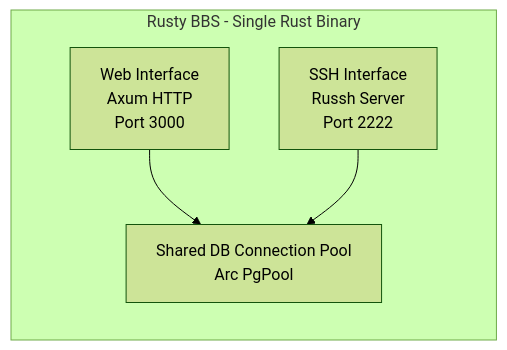
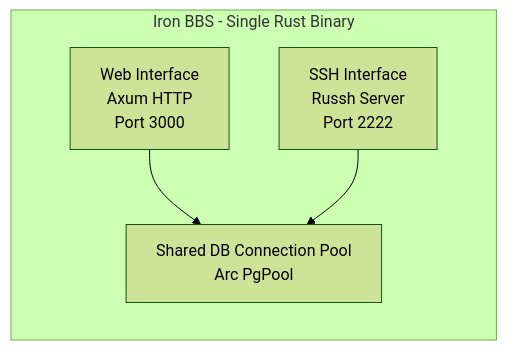
One commit to G36maid/iron-bbs changed the diagram in README.md. Above: the diagram before and after it, drawn with Mermaid (forest theme). The commit also changed other lines of this file and 12 other files, not shown here.

First line of the commit message:
refactor: rename project from rusty-bbs to iron-bbs

````diff
--- a/README.md
+++ b/README.md
@@ -9,12 +9,12 @@
 ```mermaid
 graph TD
-    subgraph Binary [Rusty BBS - Single Rust Binary]
+    subgraph Binary [Iron BBS - Single Rust Binary]
         direction TB
         Web[Web Interface<br>Axum HTTP<br>Port 3000]
         SSH[SSH Interface<br>Russh Server<br>Port 2222]
         Pool[Shared DB Connection Pool<br>Arc PgPool]
     end
 
     Web --> Pool
     SSH --> Pool
 ```
````
